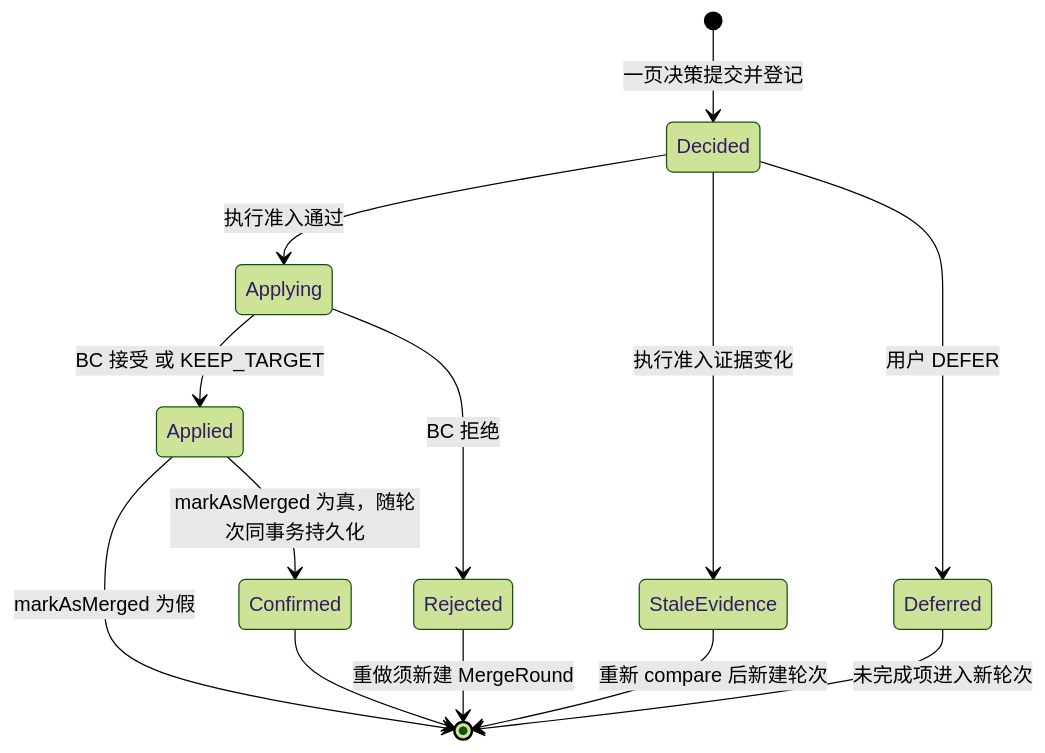
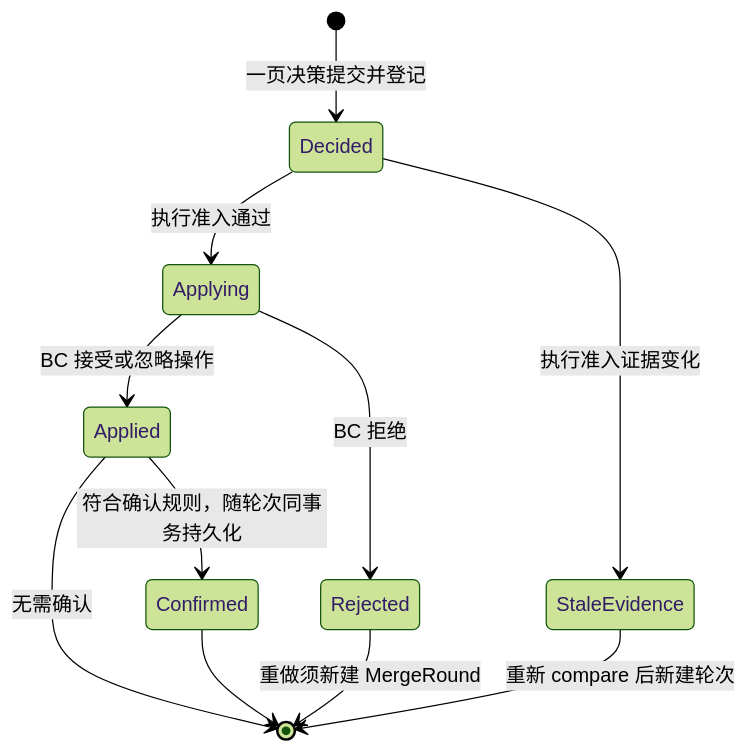
One commit to Greytrack/ddd-workingset changed the second of 4 diagrams in docs/working-set/diagrams/merge-entry-lifecycle.md. Above: the diagram before and after it, drawn with Mermaid (forest theme). The commit also changed other lines of this file and 33 other files, not shown here.

````diff
--- a/docs/working-set/diagrams/merge-entry-lifecycle.md
+++ b/docs/working-set/diagrams/merge-entry-lifecycle.md
@@ -78,15 +76,13 @@
 ```mermaid
 stateDiagram-v2
     [*] --> Decided: 一页决策提交并登记
     Decided --> StaleEvidence: 执行准入证据变化
-    Decided --> Deferred: 用户 DEFER
     Decided --> Applying: 执行准入通过
-    Applying --> Applied: BC 接受 或 KEEP_TARGET
+    Applying --> Applied: BC 接受或忽略操作
     Applying --> Rejected: BC 拒绝
-    Applied --> Confirmed: markAsMerged 为真，随轮次同事务持久化
-    Applied --> [*]: markAsMerged 为假
+    Applied --> Confirmed: 符合确认规则，随轮次同事务持久化
+    Applied --> [*]: 无需确认
     Confirmed --> [*]
     Rejected --> [*]: 重做须新建 MergeRound
     StaleEvidence --> [*]: 重新 compare 后新建轮次
-    Deferred --> [*]: 未完成项进入新轮次
 ```
````
